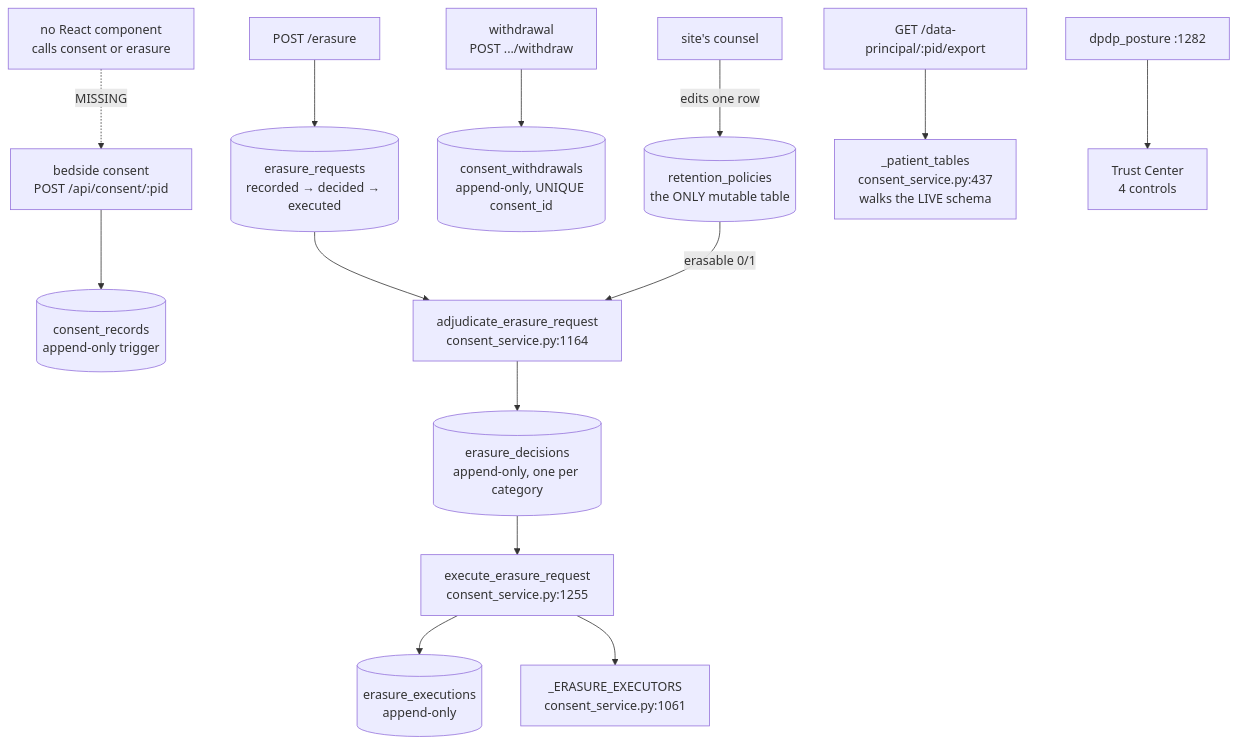
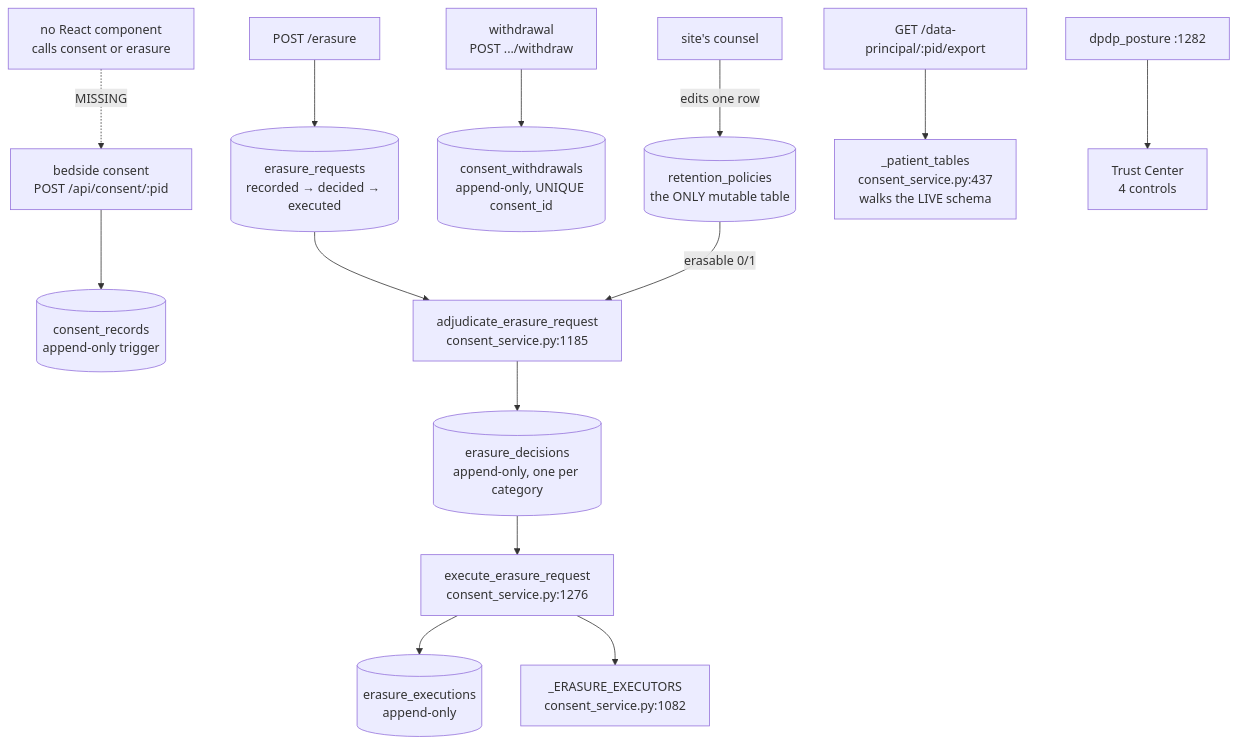
Before and after one commit to samuelmorningstar23/Orb: the first of 2 diagrams in docs/guide/35-dpdp-consent-and-data-rights.md, drawn with Mermaid. The commit also changed other lines of this file and 183 other files, not shown here.

````diff
--- a/docs/guide/35-dpdp-consent-and-data-rights.md
+++ b/docs/guide/35-dpdp-consent-and-data-rights.md
@@ -35,16 +35,16 @@
 ```mermaid
 graph TD
   SITE[site's counsel] -->|edits one row| RP[(retention_policies<br/>the ONLY mutable table)]
   BED[bedside consent<br/>POST /api/consent/:pid] --> CR[(consent_records<br/>append-only trigger)]
   BED2[withdrawal<br/>POST .../withdraw] --> CW[(consent_withdrawals<br/>append-only, UNIQUE consent_id)]
   REQ[POST /erasure] --> ER[(erasure_requests<br/>recorded → decided → executed)]
-  ER --> ADJ[adjudicate_erasure_request<br/>consent_service.py:1164]
+  ER --> ADJ[adjudicate_erasure_request<br/>consent_service.py:1185]
   RP -->|erasable 0/1| ADJ
   ADJ --> ED[(erasure_decisions<br/>append-only, one per category)]
-  ED --> EXE[execute_erasure_request<br/>consent_service.py:1255]
+  ED --> EXE[execute_erasure_request<br/>consent_service.py:1276]
   EXE --> EX[(erasure_executions<br/>append-only)]
-  EXE --> KILL[_ERASURE_EXECUTORS<br/>consent_service.py:1061]
+  EXE --> KILL[_ERASURE_EXECUTORS<br/>consent_service.py:1082]
   EXP[GET /data-principal/:pid/export] --> WALK[_patient_tables<br/>consent_service.py:437<br/>walks the LIVE schema]
   POST[dpdp_posture :1282] --> TRUST[Trust Center<br/>4 controls]
   UI[no React component<br/>calls consent or erasure] -.->|MISSING| BED
 ```
````
